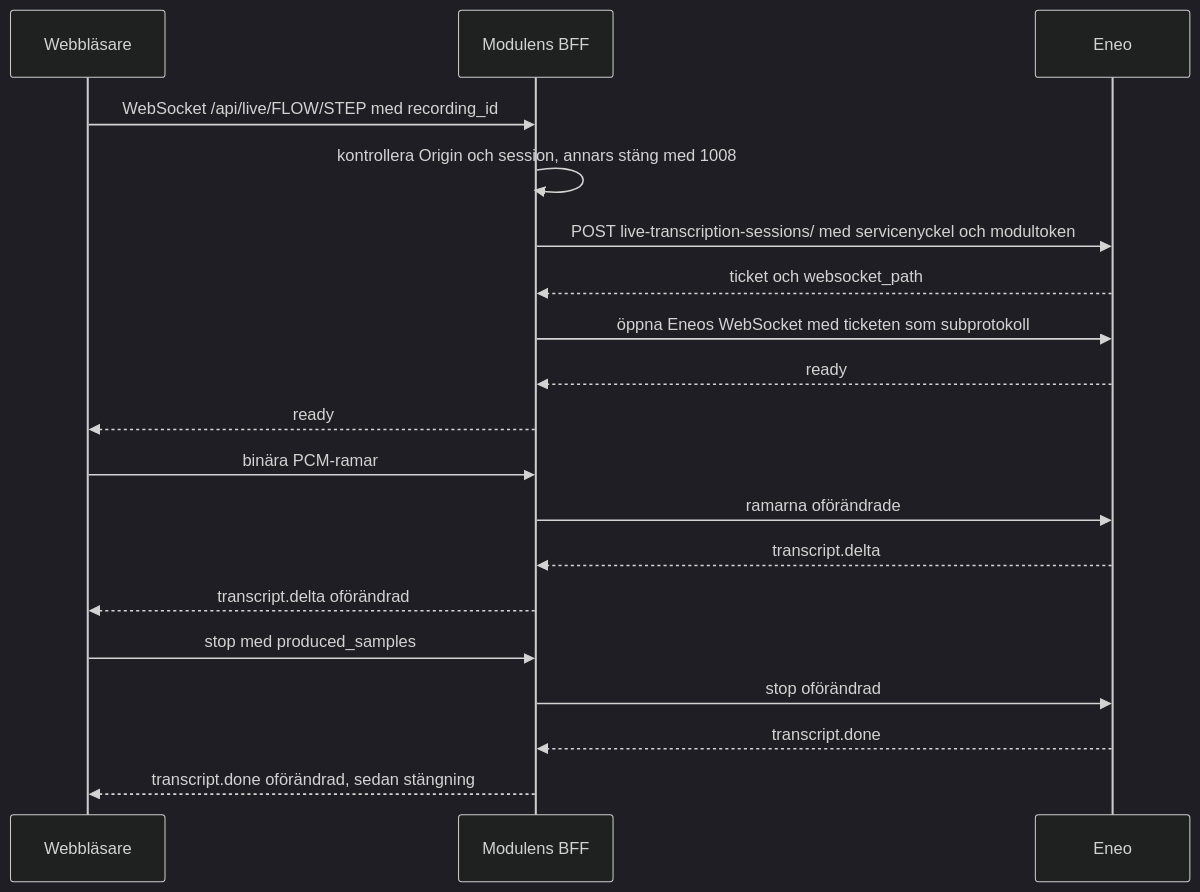
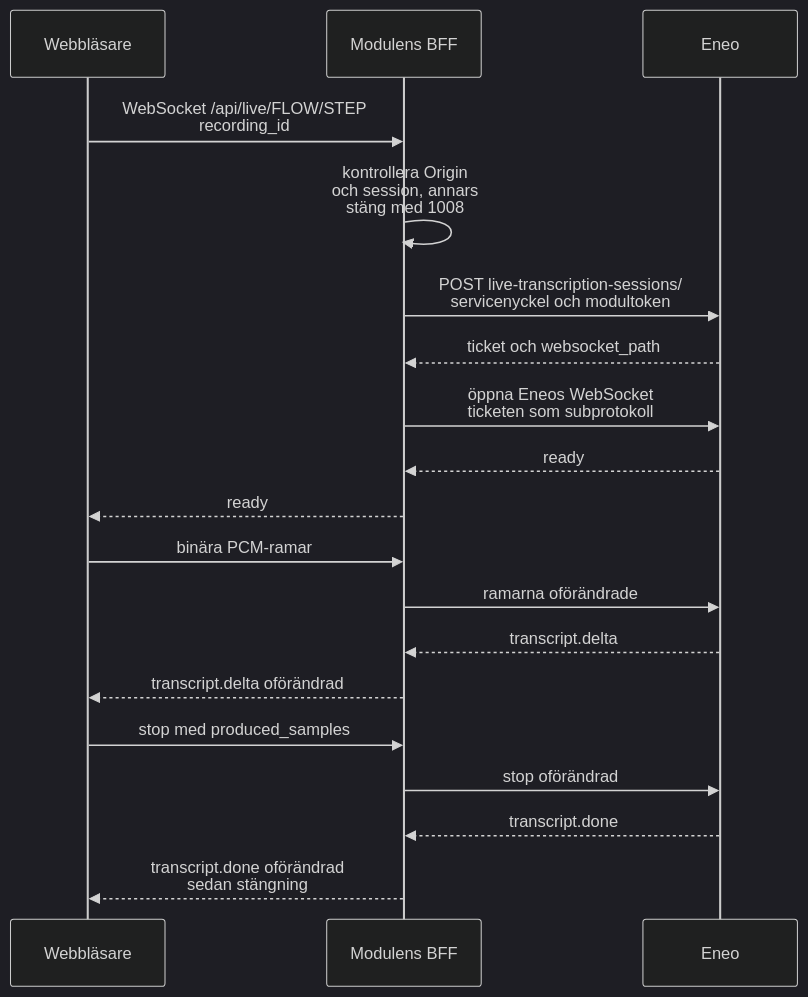
The diagram in docs/eneo-integration.md (eneo-ai/eneo-mod-speech-to-text), drawn with Mermaid (dark theme) before and after one commit. The commit also changed 47 other files, not shown here.

````diff
--- a/docs/eneo-integration.md
+++ b/docs/eneo-integration.md
@@ -48,23 +48,23 @@
 ```mermaid
 sequenceDiagram
     accTitle: Live-text
     accDescr: Webbläsaren öppnar en WebSocket till modulens backend, som hämtar en ticket hos Eneo och öppnar Eneos WebSocket. Ljudramar går åt ena hållet och texthändelser åt det andra, oförändrade, tills webbläsaren skickar stop.
     participant B as Webbläsare
     participant M as Modulens BFF
     participant E as Eneo
-    B->>M: WebSocket /api/live/FLOW/STEP med recording_id
-    M->>M: kontrollera Origin och session, annars stäng med 1008
-    M->>E: POST live-transcription-sessions/ med servicenyckel och modultoken
+    B->>M: WebSocket /api/live/FLOW/STEP<br/>recording_id
+    M->>M: kontrollera Origin<br/>och session, annars<br/>stäng med 1008
+    M->>E: POST live-transcription-sessions/<br/>servicenyckel och modultoken
     E-->>M: ticket och websocket_path
-    M->>E: öppna Eneos WebSocket med ticketen som subprotokoll
+    M->>E: öppna Eneos WebSocket<br/>ticketen som subprotokoll
     E-->>M: ready
     M-->>B: ready
     B->>M: binära PCM-ramar
     M->>E: ramarna oförändrade
     E-->>M: transcript.delta
     M-->>B: transcript.delta oförändrad
     B->>M: stop med produced_samples
     M->>E: stop oförändrad
     E-->>M: transcript.done
-    M-->>B: transcript.done oförändrad, sedan stängning
+    M-->>B: transcript.done oförändrad<br/>sedan stängning
 ```
````
